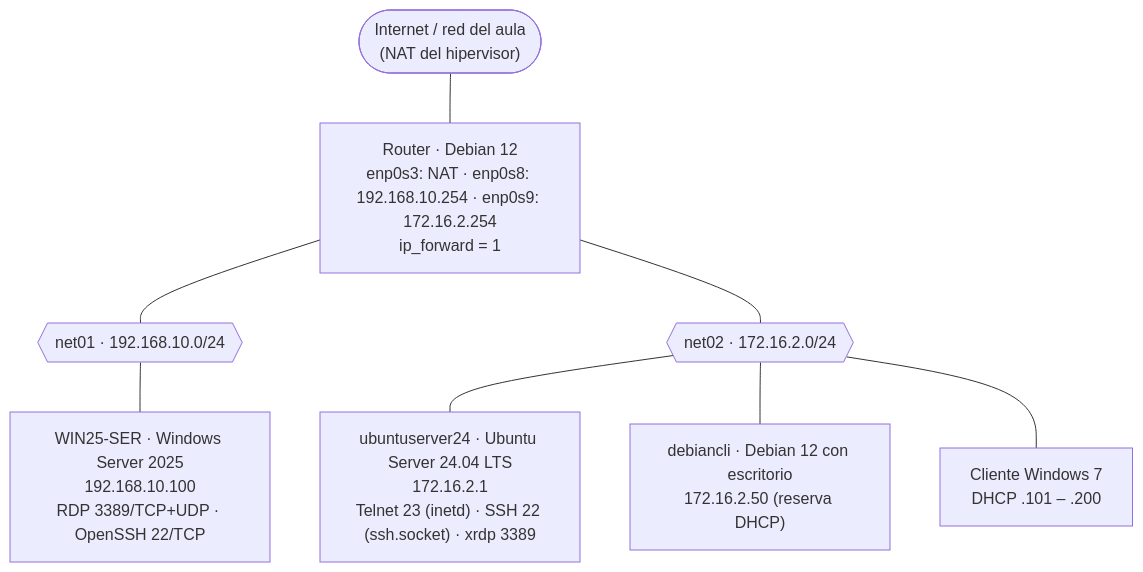
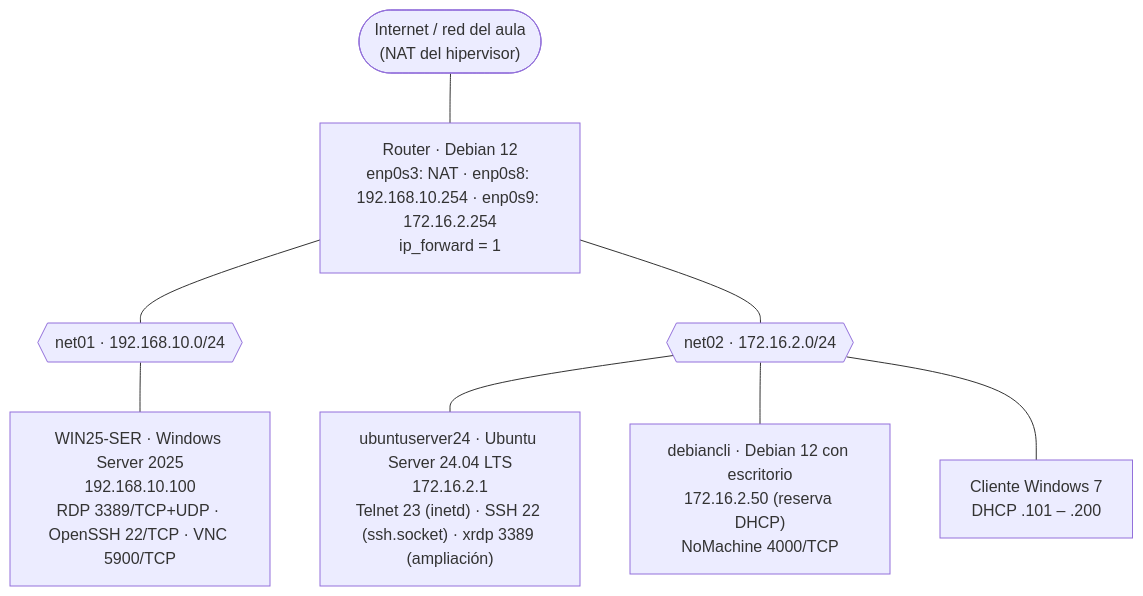
One commit to carloshercal/servicios-en-red changed the diagram in docs/recursos/ut3-acceso-remoto/diagramas/escenario-red.md. Above: the diagram before and after it, drawn with Mermaid. The commit also changed other lines of this file and 6 other files, not shown here.

````diff
--- a/docs/recursos/ut3-acceso-remoto/diagramas/escenario-red.md
+++ b/docs/recursos/ut3-acceso-remoto/diagramas/escenario-red.md
@@ -11,19 +11,19 @@
 ```mermaid
 flowchart TB
     INET(["Internet / red del aula<br/>(NAT del hipervisor)"])
     R["Router · Debian 12<br/>enp0s3: NAT · enp0s8: 192.168.10.254 · enp0s9: 172.16.2.254<br/>ip_forward = 1"]
     SW1{{"net01 · 192.168.10.0/24"}}
     SW2{{"net02 · 172.16.2.0/24"}}
-    W["WIN25-SER · Windows Server 2025<br/>192.168.10.100<br/>RDP 3389/TCP+UDP · OpenSSH 22/TCP"]
-    U["ubuntuserver24 · Ubuntu Server 24.04 LTS<br/>172.16.2.1<br/>Telnet 23 (inetd) · SSH 22 (ssh.socket) · xrdp 3389"]
-    D["debiancli · Debian 12 con escritorio<br/>172.16.2.50 (reserva DHCP)"]
+    W["WIN25-SER · Windows Server 2025<br/>192.168.10.100<br/>RDP 3389/TCP+UDP · OpenSSH 22/TCP · VNC 5900/TCP"]
+    U["ubuntuserver24 · Ubuntu Server 24.04 LTS<br/>172.16.2.1<br/>Telnet 23 (inetd) · SSH 22 (ssh.socket) · xrdp 3389 (ampliación)"]
+    D["debiancli · Debian 12 con escritorio<br/>172.16.2.50 (reserva DHCP)<br/>NoMachine 4000/TCP"]
     C7["Cliente Windows 7<br/>DHCP .101 – .200"]
 
     INET --- R
     R --- SW1
     R --- SW2
     SW1 --- W
     SW2 --- U
     SW2 --- D
     SW2 --- C7
 ```
````
